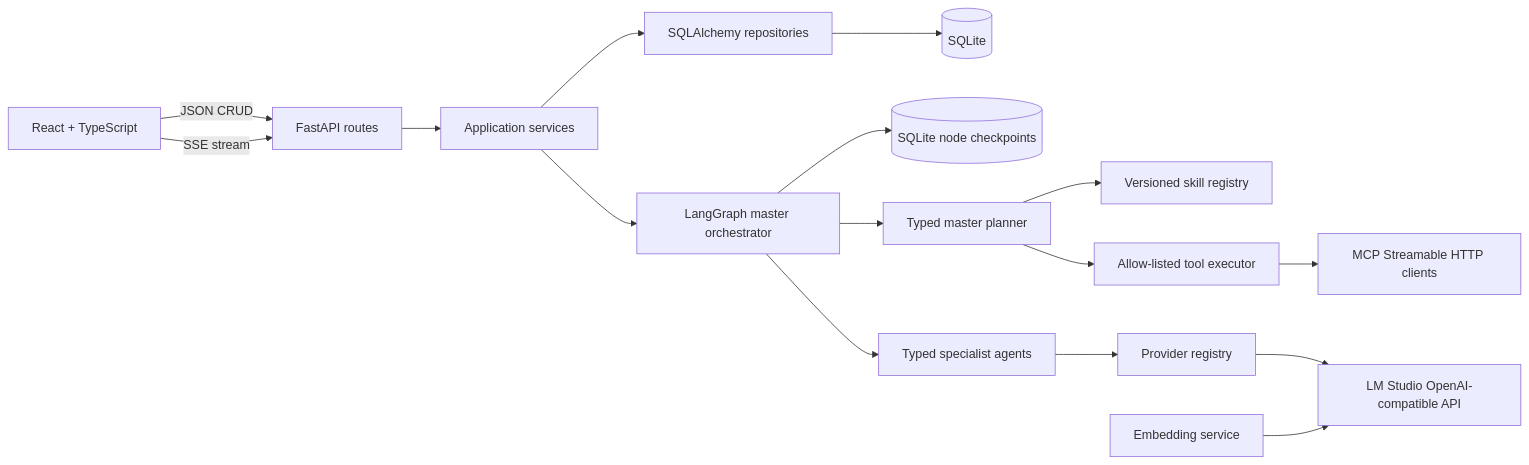
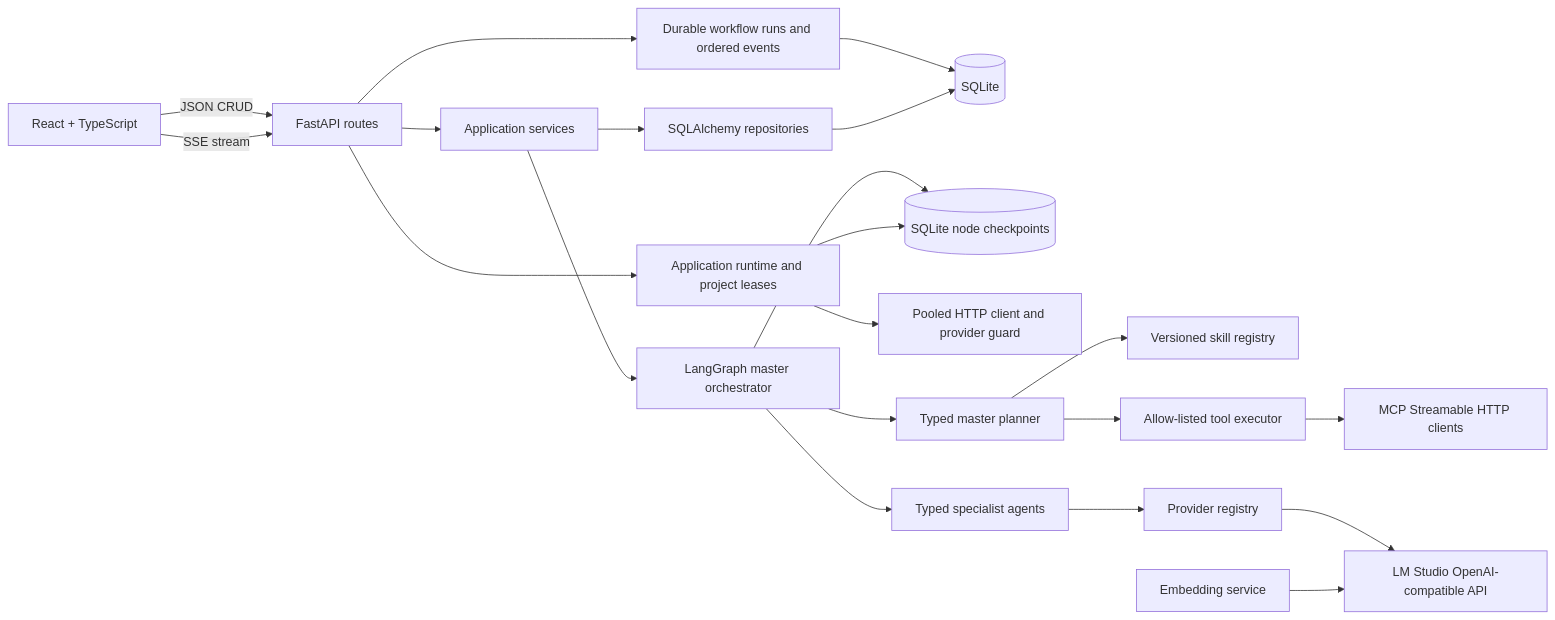
The diagram in docs/architecture.md (venkatesh27das/ai_for_data_platform), drawn with Mermaid before and after one commit. The commit also changed other lines of this file and 37 other files, not shown here.

````diff
--- a/docs/architecture.md
+++ b/docs/architecture.md
@@ -3,18 +3,23 @@
 ```mermaid
 flowchart LR
   UI[React + TypeScript] -->|JSON CRUD| API[FastAPI routes]
   UI -->|SSE stream| API
+  API --> Runs[Durable workflow runs and ordered events]
+  Runs --> SQLite
+  API --> Runtime[Application runtime and project leases]
   API --> Services[Application services]
   Services --> Repositories[SQLAlchemy repositories]
   Repositories --> SQLite[(SQLite)]
   Services --> Graph[LangGraph master orchestrator]
   Graph --> Checkpoints[(SQLite node checkpoints)]
+  Runtime --> Checkpoints
+  Runtime --> Pool[Pooled HTTP client and provider guard]
   Graph --> Planner[Typed master planner]
   Planner --> Skills[Versioned skill registry]
   Planner --> Tools[Allow-listed tool executor]
   Tools --> MCP[MCP Streamable HTTP clients]
   Graph --> Agents[Typed specialist agents]
   Agents --> Registry[Provider registry]
   Registry --> LM[LM Studio OpenAI-compatible API]
   Embed[Embedding service] --> LM
 ```
````
